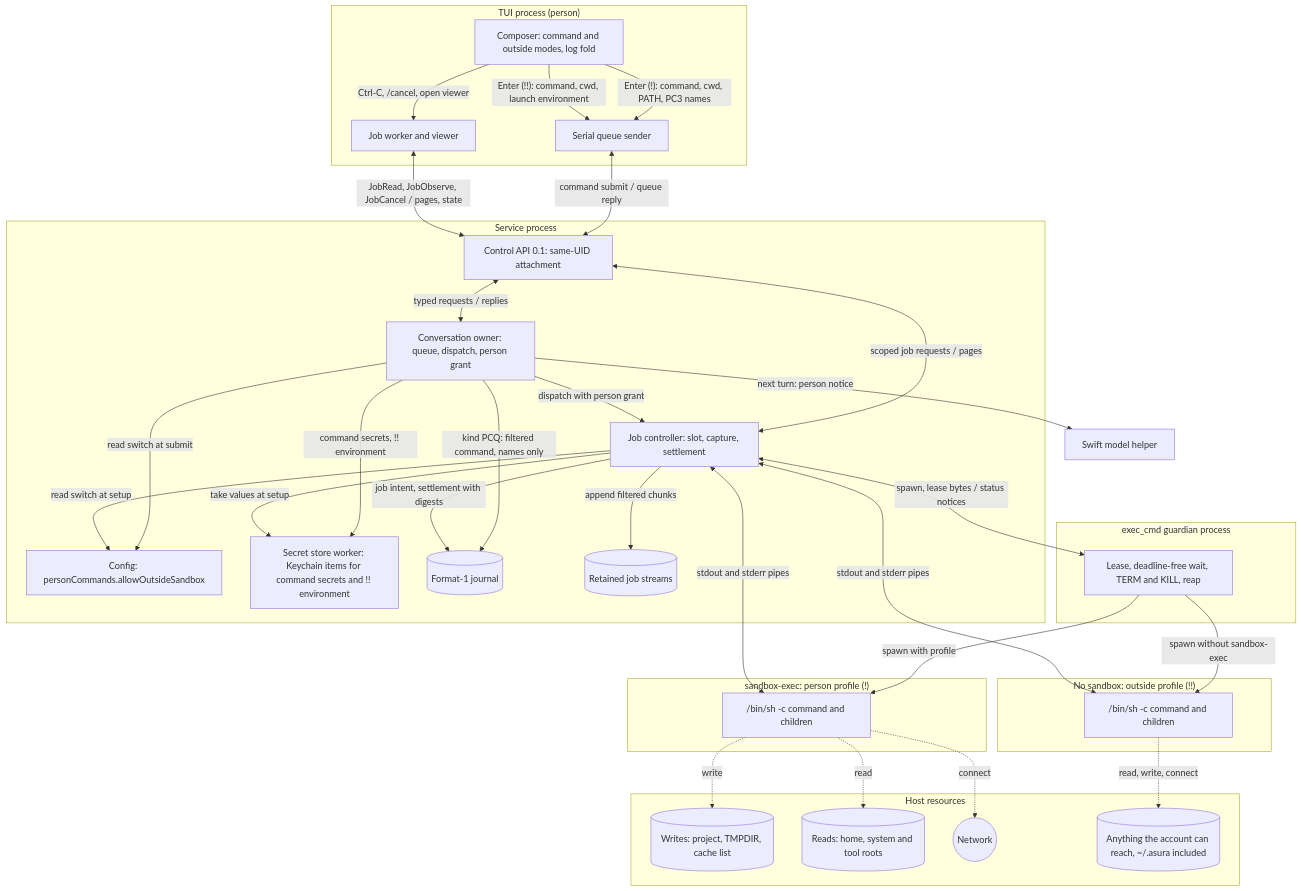
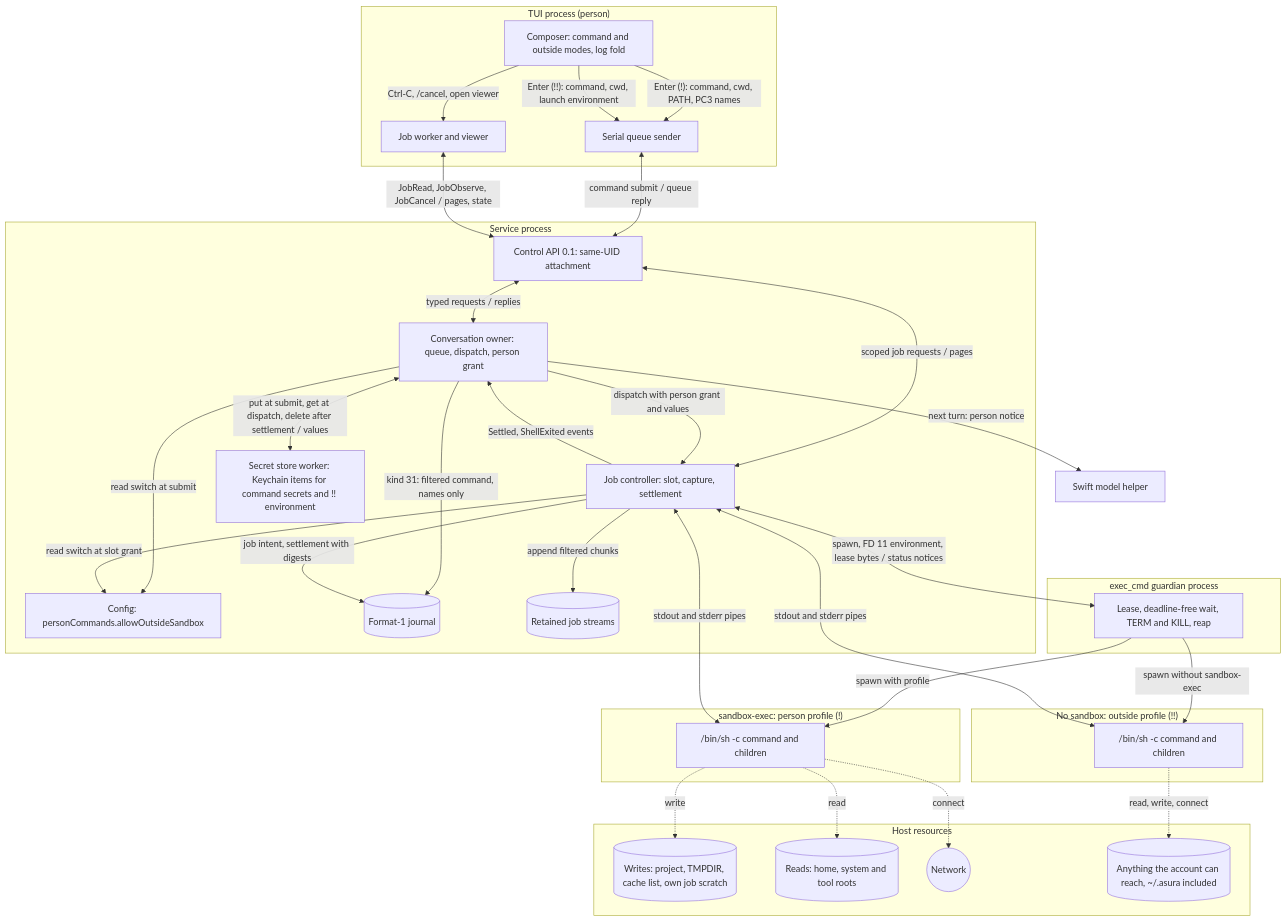
One commit to pidster/asura changed the first of 10 diagrams in docs/designs/person-command-mode.md. Above: the diagram before and after it, drawn with Mermaid. The commit also changed other lines of this file and 14 other files, not shown here.

First line of the commit message:
Design person command packets, path guard and Keychain fixes

````diff
--- a/docs/designs/person-command-mode.md
+++ b/docs/designs/person-command-mode.md
@@ -187,58 +202,58 @@
 ```mermaid
 flowchart TB
     subgraph TUIP["TUI process (person)"]
         Mode["Composer: command and outside modes, log fold"]
         Send["Serial queue sender"]
         JobW["Job worker and viewer"]
     end
     subgraph SVC["Service process"]
         API["Control API 0.1: same-UID attachment"]
         Owner["Conversation owner: queue, dispatch, person grant"]
         Ctl["Job controller: slot, capture, settlement"]
         Cfg["Config: personCommands.allowOutsideSandbox"]
         Store["Secret store worker: Keychain items for command secrets and !! environment"]
         J[("Format-1 journal")]
         P[("Retained job streams")]
     end
     subgraph GP["exec_cmd guardian process"]
         G["Lease, deadline-free wait, TERM and KILL, reap"]
     end
     subgraph SB["sandbox-exec: person profile (!)"]
         Sh["/bin/sh -c command and children"]
     end
     subgraph NS["No sandbox: outside profile (!!)"]
         Sh2["/bin/sh -c command and children"]
     end
     subgraph HOST["Host resources"]
-        W[("Writes: project, TMPDIR, cache list")]
+        W[("Writes: project, TMPDIR, cache list, own job scratch")]
         R[("Reads: home, system and tool roots")]
         N(("Network"))
         All[("Anything the account can reach, ~/.asura included")]
     end
     Helper["Swift model helper"]
     Mode -->|"Enter (!): command, cwd, PATH, PC3 names"| Send
     Mode -->|"Enter (!!): command, cwd, launch environment"| Send
     Mode -->|"Ctrl-C, /cancel, open viewer"| JobW
     Send <-->|"command submit / queue reply"| API
     JobW <-->|"JobRead, JobObserve, JobCancel / pages, state"| API
     API <-->|"typed requests / replies"| Owner
     API <-->|"scoped job requests / pages"| Ctl
     Owner -->|"read switch at submit"| Cfg
-    Ctl -->|"read switch at setup"| Cfg
-    Owner -->|"kind PCQ: filtered command, names only"| J
-    Owner -->|"command secrets, !! environment"| Store
-    Ctl -->|"take values at setup"| Store
-    Owner -->|"dispatch with person grant"| Ctl
+    Ctl -->|"read switch at slot grant"| Cfg
+    Owner -->|"kind 31: filtered command, names only"| J
+    Owner <-->|"put at submit, get at dispatch, delete after settlement / values"| Store
+    Owner -->|"dispatch with person grant and values"| Ctl
+    Ctl -->|"Settled, ShellExited events"| Owner
     Ctl -->|"job intent, settlement with digests"| J
     Ctl -->|"append filtered chunks"| P
-    Ctl <-->|"spawn, lease bytes / status notices"| G
+    Ctl <-->|"spawn, FD 11 environment, lease bytes / status notices"| G
     G -->|"spawn with profile"| Sh
     G -->|"spawn without sandbox-exec"| Sh2
     Ctl <-->|"stdout and stderr pipes"| Sh
     Ctl <-->|"stdout and stderr pipes"| Sh2
     Sh -.->|"write"| W
     Sh -.->|"read"| R
     Sh -.->|"connect"| N
     Sh2 -.->|"read, write, connect"| All
     Owner -->|"next turn: person notice"| Helper
 ```
````
